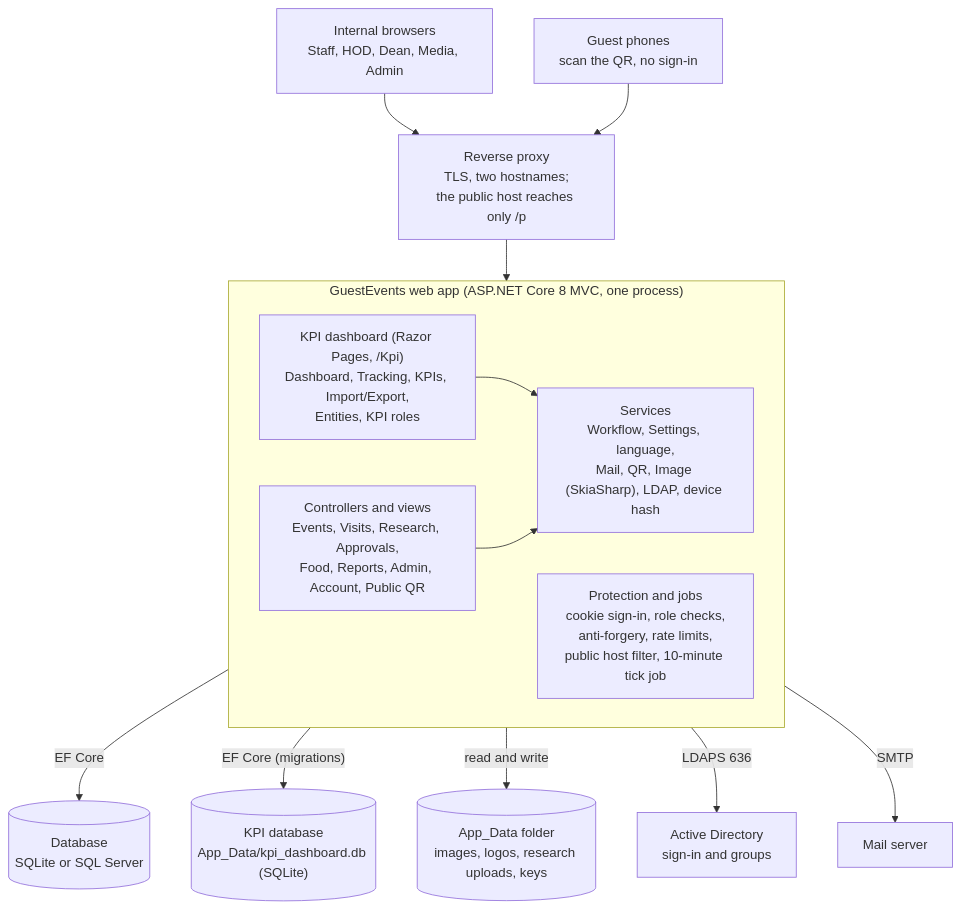
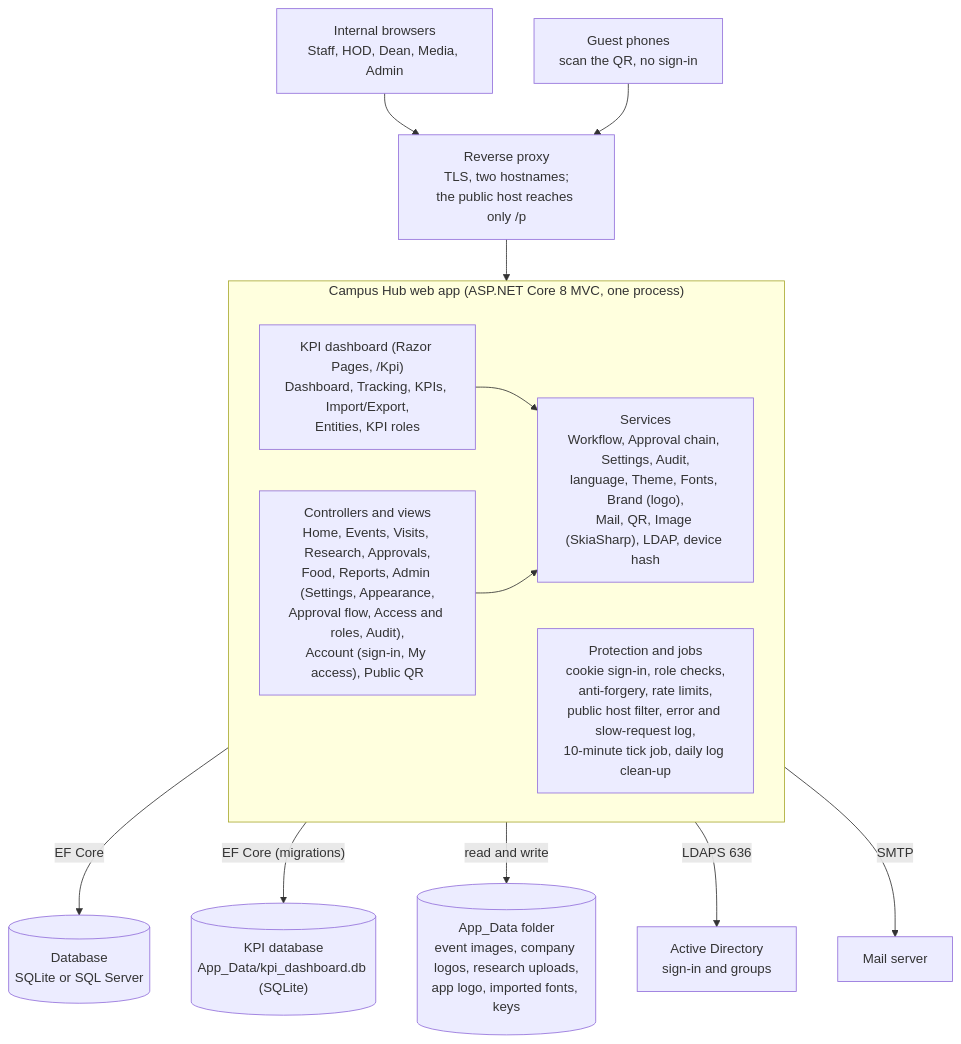
One commit to AhmedAlsudairy/dot-net-event-mangement changed the second of 2 diagrams in docs/PRD.md. Above: the diagram before and after it, drawn with Mermaid. The commit also changed other lines of this file and 5 other files, not shown here.

````diff
--- a/docs/PRD.md
+++ b/docs/PRD.md
@@ -191,22 +231,22 @@
 ```mermaid
 flowchart TD
     IB["Internal browsers<br/>Staff, HOD, Dean, Media, Admin"] --> PX
     GP["Guest phones<br/>scan the QR, no sign-in"] --> PX
     PX["Reverse proxy<br/>TLS, two hostnames;<br/>the public host reaches only /p"]
     PX --> APP
 
-    subgraph APP["GuestEvents web app (ASP.NET Core 8 MVC, one process)"]
-        CT["Controllers and views<br/>Events, Visits, Research, Approvals,<br/>Food, Reports, Admin, Account, Public QR"]
+    subgraph APP["Campus Hub web app (ASP.NET Core 8 MVC, one process)"]
+        CT["Controllers and views<br/>Home, Events, Visits, Research, Approvals,<br/>Food, Reports, Admin (Settings, Appearance,<br/>Approval flow, Access and roles, Audit),<br/>Account (sign-in, My access), Public QR"]
         KP["KPI dashboard (Razor Pages, /Kpi)<br/>Dashboard, Tracking, KPIs, Import/Export,<br/>Entities, KPI roles"]
         KP --> SV
-        SV["Services<br/>Workflow, Settings, language,<br/>Mail, QR, Image (SkiaSharp), LDAP, device hash"]
-        PR["Protection and jobs<br/>cookie sign-in, role checks,<br/>anti-forgery, rate limits,<br/>public host filter, 10-minute tick job"]
+        SV["Services<br/>Workflow, Approval chain, Settings, Audit,<br/>language, Theme, Fonts, Brand (logo),<br/>Mail, QR, Image (SkiaSharp), LDAP, device hash"]
+        PR["Protection and jobs<br/>cookie sign-in, role checks,<br/>anti-forgery, rate limits,<br/>public host filter, error and slow-request log,<br/>10-minute tick job, daily log clean-up"]
         CT --> SV
     end
 
     APP -- "EF Core" --> DB[("Database<br/>SQLite or SQL Server")]
     APP -- "EF Core (migrations)" --> KDB[("KPI database<br/>App_Data/kpi_dashboard.db (SQLite)")]
-    APP -- "read and write" --> FS[("App_Data folder<br/>images, logos, research uploads, keys")]
+    APP -- "read and write" --> FS[("App_Data folder<br/>event images, company logos, research uploads,<br/>app logo, imported fonts, keys")]
     APP -- "LDAPS 636" --> AD["Active Directory<br/>sign-in and groups"]
     APP -- "SMTP" --> SM["Mail server"]
 ```
````
